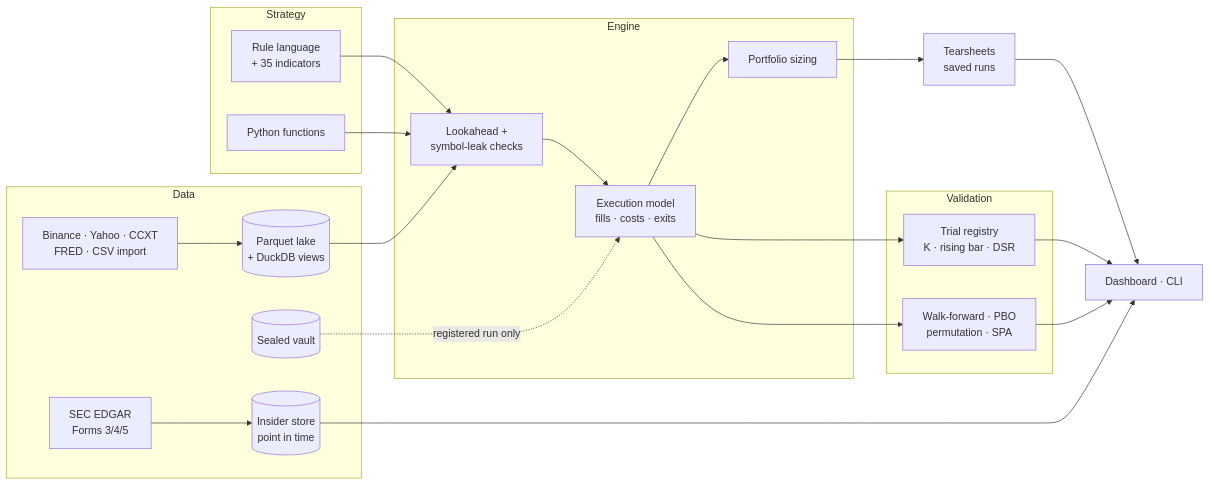
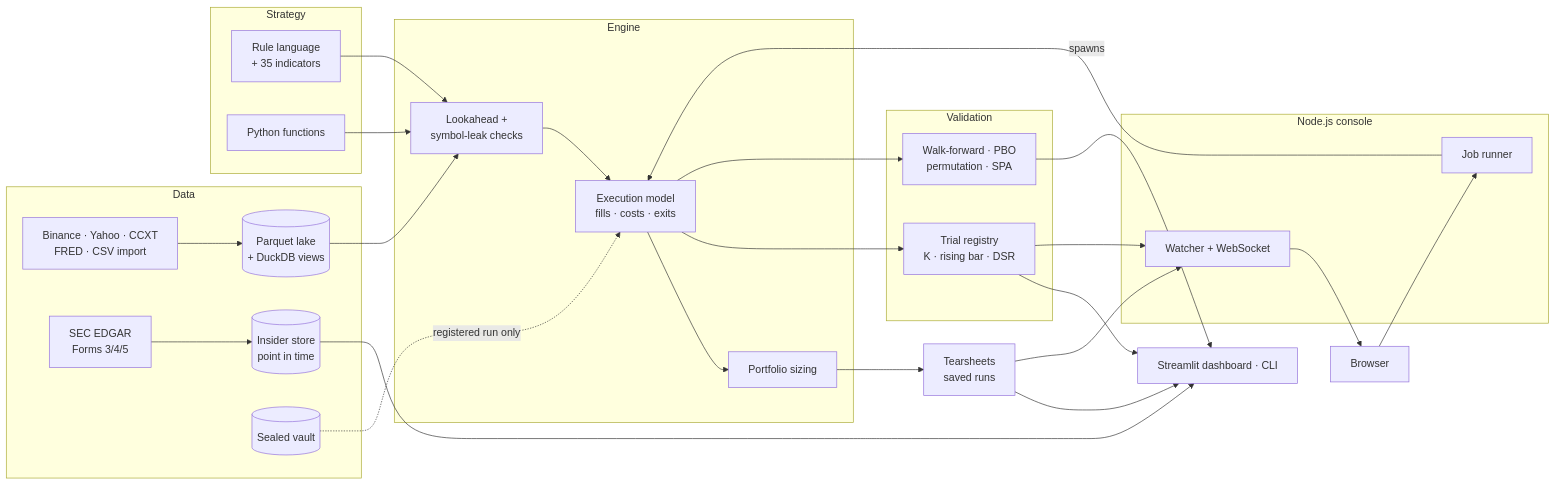
The diagram in README.md (Skippy-8/quantlab), drawn with Mermaid before and after one commit. The commit also changed other lines of this file and 57 other files, not shown here.

First line of the commit message:
Live console in Node.js + TypeScript; README rewrite

````diff
--- a/README.md
+++ b/README.md
@@ -164,30 +165,36 @@
 ```mermaid
 flowchart LR
     subgraph Data
       SRC[Binance · Yahoo · CCXT<br/>FRED · CSV import]
       SEC[SEC EDGAR<br/>Forms 3/4/5]
       LAKE[(Parquet lake<br/>+ DuckDB views)]
       INS[(Insider store<br/>point in time)]
       VAULT[(Sealed vault)]
     end
     subgraph Strategy
       RULES[Rule language<br/>+ 35 indicators]
       PY[Python functions]
     end
     subgraph Engine
       CHK[Lookahead +<br/>symbol-leak checks]
       ENG[Execution model<br/>fills · costs · exits]
       PF[Portfolio sizing]
     end
     subgraph Validation
       REG[Trial registry<br/>K · rising bar · DSR]
       WF[Walk-forward · PBO<br/>permutation · SPA]
     end
+    subgraph Console[Node.js console]
+      WATCH[Watcher + WebSocket]
+      JOBS[Job runner]
+    end
     SRC --> LAKE
     SEC --> INS
     RULES & PY --> CHK
     LAKE --> CHK --> ENG --> PF --> REP[Tearsheets<br/>saved runs]
     ENG --> REG & WF
     VAULT -. registered run only .-> ENG
-    REP & REG & WF & INS --> UI[Dashboard · CLI]
+    REP & REG & WF & INS --> UI[Streamlit dashboard · CLI]
+    REG & REP --> WATCH --> BROWSER[Browser]
+    BROWSER --> JOBS -- spawns --> ENG
 ```
````
